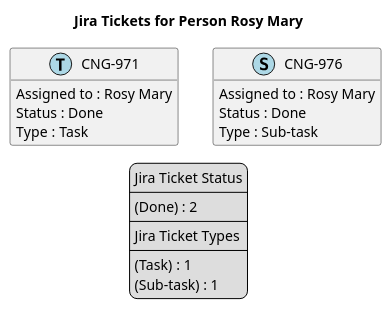
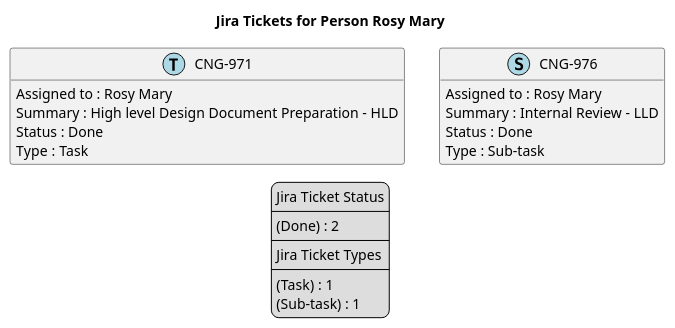
Before and after one commit to brunasti/jiraplotter: the diagram in temp/jira-Person-Rosy_Mary.puml, drawn with PlantUML. The commit also changed 90 other files, not shown here.

```diff
--- a/temp/jira-Person-Rosy_Mary.puml
+++ b/temp/jira-Person-Rosy_Mary.puml
@@ -1,40 +1,42 @@
 @startuml
 'https://plantuml.com/class-diagram
 
 ' GENERATE CLASS DIAGRAM ===========
-' Generated at    : Tue Apr 23 13:28:09 CEST 2024
+' Generated at    : Fri May 03 10:09:58 CEST 2024
 
 title Jira Tickets for Person Rosy Mary
 hide empty members
 
 legend
 Jira Ticket Status
 ----
 (Done) : 2
 ----
 Jira Ticket Types
 ----
 (Task) : 1
 (Sub-task) : 1
 end legend
 
 
 ' Tickets =======
 class "CNG-971" << (T,lightblue) >> {
   Assigned to : Rosy Mary
+  Summary : High level Design Document Preparation - HLD
   Status : Done
   Type : Task
 }
 
 class "CNG-976" << (S,lightblue) >> {
   Assigned to : Rosy Mary
+  Summary : Internal Review - LLD
   Status : Done
   Type : Sub-task
 }
 
 
 
 ' Links =======
 
 
 @enduml
```
